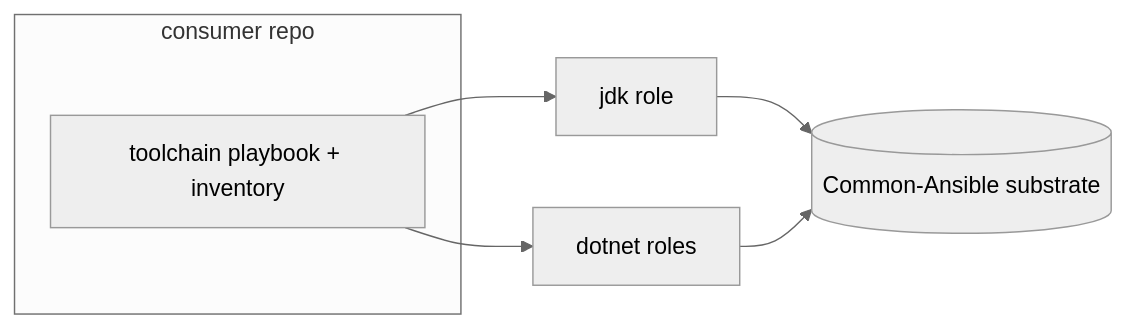
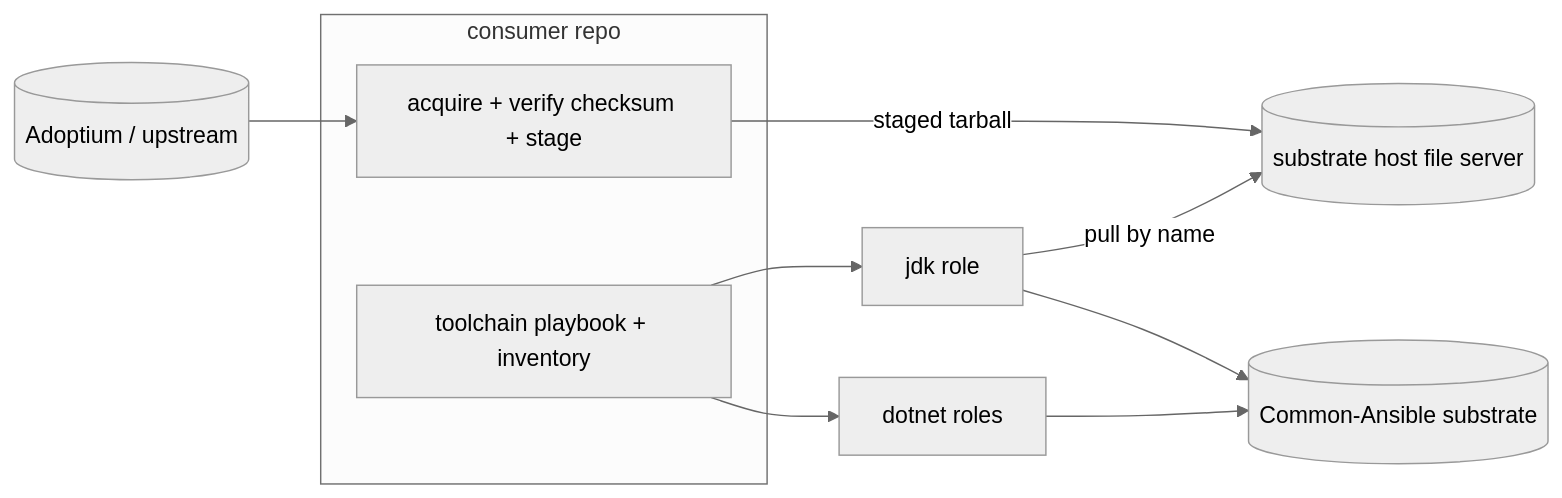
Before and after one commit to Klark-Morrigan/Common-Ansible: diagram 17 of 29 in docs/dev/implementation/19-common-ansible-extraction-and-toolchain-provisioning/plan.md, drawn with Mermaid (neutral theme). The commit also changed other lines of this file, not shown here.

````diff
--- a/docs/dev/implementation/19-common-ansible-extraction-and-toolchain-provisioning/plan.md
+++ b/docs/dev/implementation/19-common-ansible-extraction-and-toolchain-provisioning/plan.md
@@ -716,10 +752,14 @@
 ```mermaid
 flowchart LR
   subgraph CON[consumer repo]
+    ACQ[acquire + verify checksum + stage]
     PB[toolchain playbook + inventory]
   end
+  UP[(Adoptium / upstream)] --> ACQ
+  ACQ -->|staged tarball| HFS[(substrate host file server)]
   PB --> JR[jdk role]
   PB --> DR[dotnet roles]
+  JR -->|pull by name| HFS
   JR --> CA[(Common-Ansible substrate)]
   DR --> CA
 ```
````
